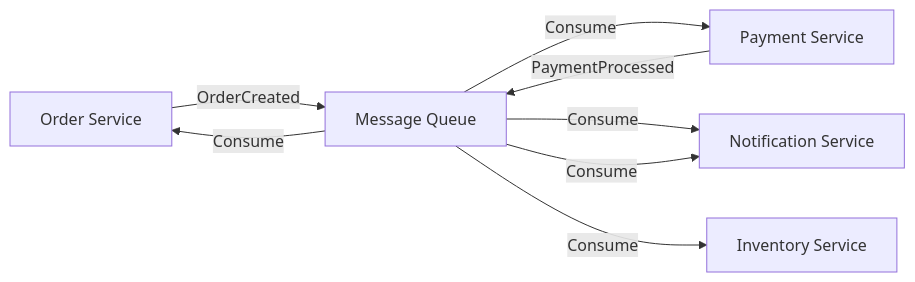
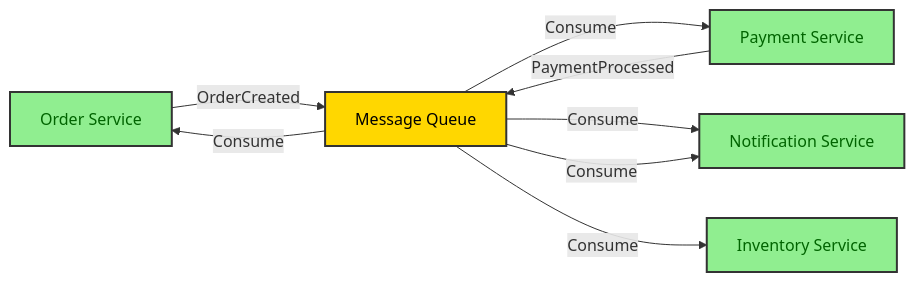
Diagram 12 of 18 in .claude/skills/design-doc-mermaid/assets/system-design-template.md (kasiopeiya/claude-dev-template), drawn with Mermaid before and after one commit. The commit also changed other lines of this file and 5 other files, not shown here.

````diff
--- a/.claude/skills/design-doc-mermaid/assets/system-design-template.md
+++ b/.claude/skills/design-doc-mermaid/assets/system-design-template.md
@@ -467,17 +517,23 @@
 ```mermaid
 graph LR
     OrderService[Order Service]
     Queue[Message Queue]
     PaymentService[Payment Service]
     NotificationService[Notification Service]
     InventoryService[Inventory Service]
 
     OrderService -->|OrderCreated| Queue
     Queue -->|Consume| PaymentService
     Queue -->|Consume| NotificationService
     Queue -->|Consume| InventoryService
 
     PaymentService -->|PaymentProcessed| Queue
     Queue -->|Consume| OrderService
     Queue -->|Consume| NotificationService
+
+    classDef service fill:#90EE90,stroke:#333,stroke-width:2px,color:darkgreen
+    classDef broker fill:#FFD700,stroke:#333,stroke-width:2px,color:black
+
+    class OrderService,PaymentService,NotificationService,InventoryService service
+    class Queue broker
 ```
````
